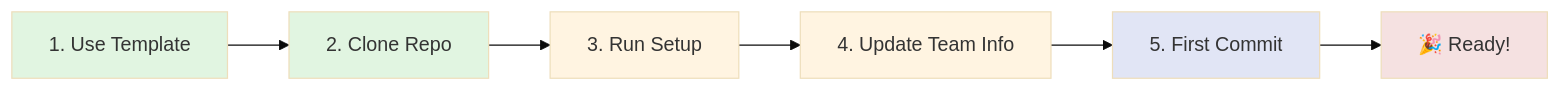
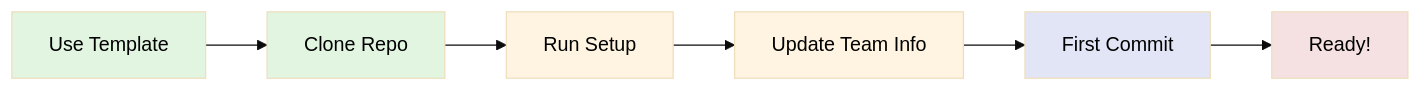
The diagram in docs/QUICK_START.md (AKNiS/Uni_Template_Repo), drawn with Mermaid (base theme) before and after one commit.

Commit message:
Update QUICK_START.md
Mermaid Chart Fixed (Syntax & Font Colour Changed)

````diff
--- a/docs/QUICK_START.md
+++ b/docs/QUICK_START.md
@@ -12,15 +12,16 @@
 ```mermaid
 graph LR
-    A[1. Use Template] --> B[2. Clone Repo]
-    B --> C[3. Run Setup]
-    C --> D[4. Update Team Info]
-    D --> E[5. First Commit]
-    E --> F[🎉 Ready!]
+    A[Use Template] --> B[Clone Repo]
+    B --> C[Run Setup]
+    C --> D[Update Team Info]
+    D --> E[First Commit]
+    E --> F[Ready!]
     
-    style A fill:#e1f5e1
-    style B fill:#e1f5e1
-    style C fill:#fff4e1
-    style D fill:#fff4e1
-    style E fill:#e1e5f5
-    style F fill:#f5e1e1
+    style A fill:#e1f5e1,color:#000000
+    style B fill:#e1f5e1,color:#000000
+    style C fill:#fff4e1,color:#000000
+    style D fill:#fff4e1,color:#000000
+    style E fill:#e1e5f5,color:#000000
+    style F fill:#f5e1e1,color:#000000
+
 ```
````
